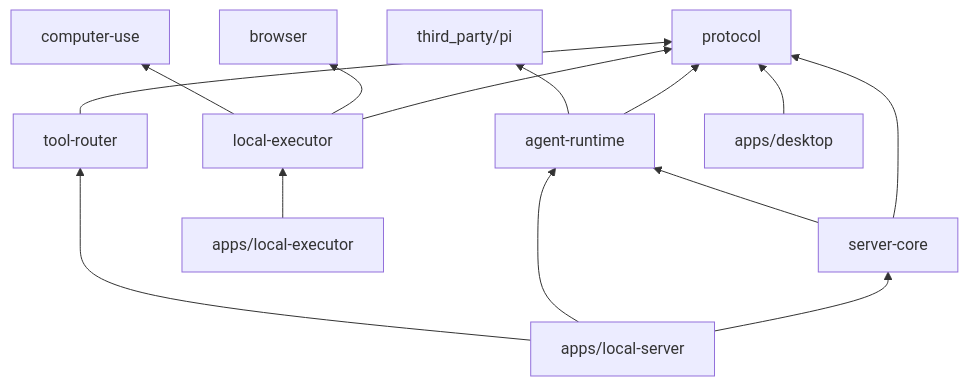
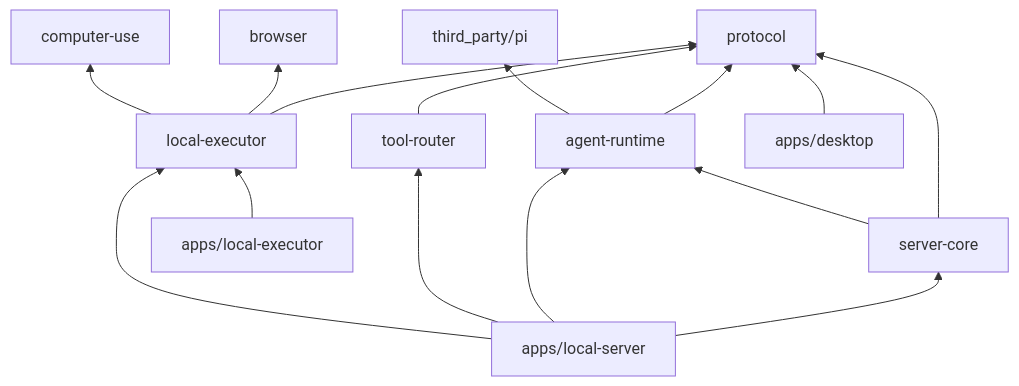
The second of 3 diagrams in docs/architecture.md (VesperZephyr/OpenBot), drawn with Mermaid before and after one commit. The commit also changed other lines of this file and 17 other files, not shown here.

````diff
--- a/docs/architecture.md
+++ b/docs/architecture.md
@@ -253,28 +253,29 @@
 ```mermaid
 flowchart BT
   protocol[protocol]
   pi[third_party/pi]
   agentRuntime[agent-runtime]
   toolRouter[tool-router]
   serverCore[server-core]
   localExec[local-executor]
   browser[browser]
   computerUse[computer-use]
   hostApp[apps/local-server]
   execApp[apps/local-executor]
   deskApp[apps/desktop]
 
   agentRuntime --> protocol
   agentRuntime --> pi
   toolRouter --> protocol
   serverCore --> protocol
   serverCore --> agentRuntime
   localExec --> protocol
   localExec --> browser
   localExec --> computerUse
   hostApp --> serverCore
   hostApp --> agentRuntime
   hostApp --> toolRouter
+  hostApp --> localExec
   execApp --> localExec
   deskApp --> protocol
 ```
````
